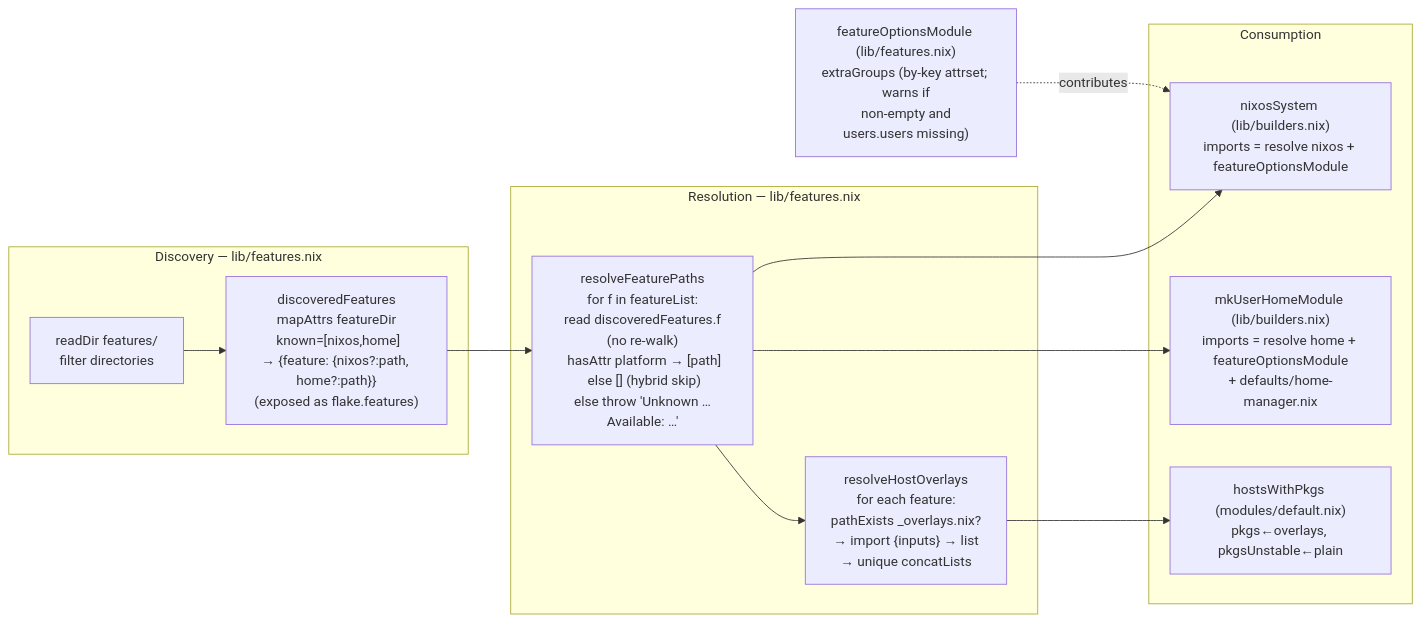
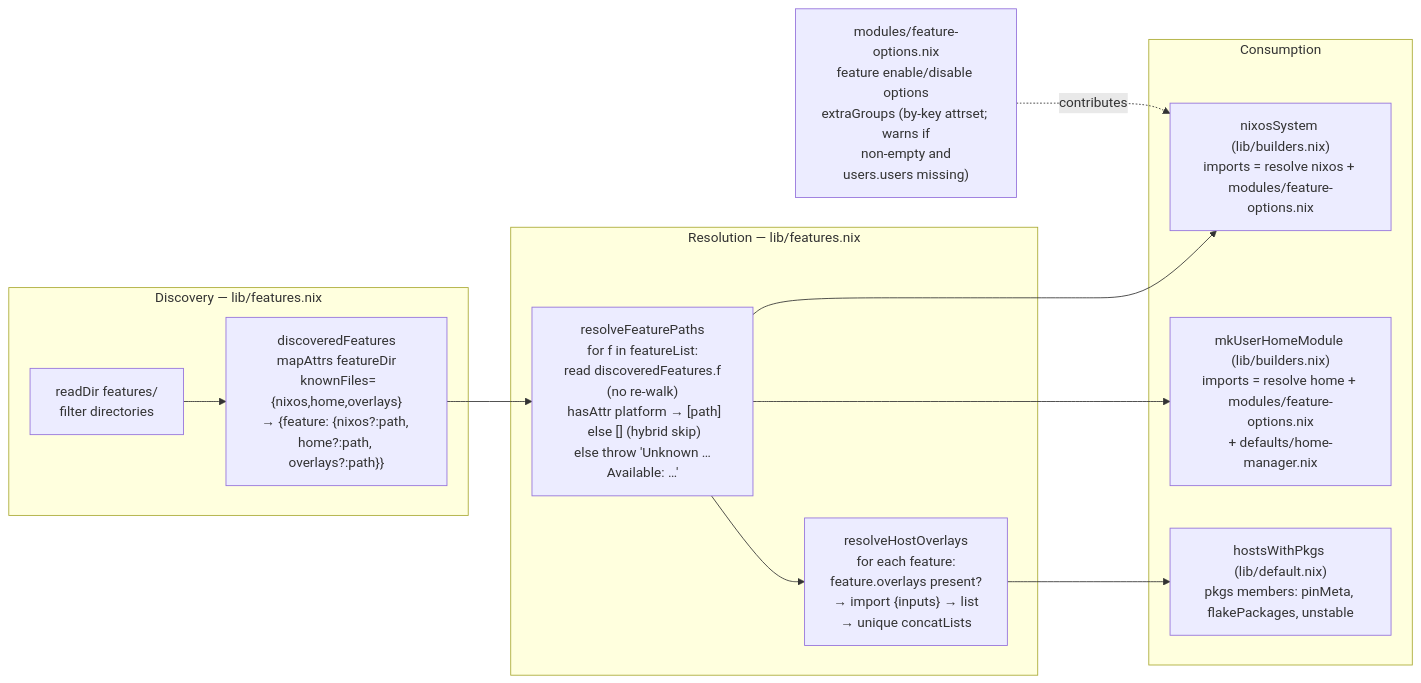
The fourth of 7 diagrams in DESIGN.md (WombatFromHell/automatic-palm-tree), drawn with Mermaid before and after one commit. The commit also changed other lines of this file and 49 other files, not shown here.

````diff
--- a/DESIGN.md
+++ b/DESIGN.md
@@ -144,21 +141,21 @@
 ```mermaid
 flowchart LR
     subgraph Discover ["Discovery — lib/features.nix"]
-        scan["readDir features/\nfilter directories"] --> map["discoveredFeatures\nmapAttrs featureDir\n known=[nixos,home]\n→ {feature: {nixos?:path, home?:path}}\n(exposed as flake.features)"]
+        scan["readDir features/\nfilter directories"] --> map["discoveredFeatures\nmapAttrs featureDir\n knownFiles={nixos,home,overlays}\n→ {feature: {nixos?:path, home?:path, overlays?:path}}"]
     end
     subgraph Resolve ["Resolution — lib/features.nix"]
         resolve["resolveFeaturePaths\nfor f in featureList:\n read discoveredFeatures.f (no re-walk)\n hasAttr platform → [path]\n else [] (hybrid skip)\n else throw 'Unknown … Available: …'"]
-        collect["resolveHostOverlays\n for each feature:\n pathExists _overlays.nix?\n → import {inputs} → list\n → unique concatLists"]
+        collect["resolveHostOverlays\n for each feature:\n feature.overlays present?\n → import {inputs} → list\n → unique concatLists"]
         resolve --> collect
     end
     subgraph Consume ["Consumption"]
-        nixosUse["nixosSystem (lib/builders.nix)\nimports = resolve nixos + featureOptionsModule"]
-        hmUse["mkUserHomeModule (lib/builders.nix)\nimports = resolve home + featureOptionsModule\n+ defaults/home-manager.nix"]
-        pkgsUse["hostsWithPkgs (modules/default.nix)\npkgs←overlays, pkgsUnstable←plain"]
+        nixosUse["nixosSystem (lib/builders.nix)\nimports = resolve nixos + modules/feature-options.nix"]
+        hmUse["mkUserHomeModule (lib/builders.nix)\nimports = resolve home + modules/feature-options.nix\n+ defaults/home-manager.nix"]
+        pkgsUse["hostsWithPkgs (lib/default.nix)\npkgs members: pinMeta, flakePackages, unstable"]
     end
     map --> resolve
     collect --> pkgsUse
     resolve --> nixosUse & hmUse
 
-    featOpt["featureOptionsModule (lib/features.nix)\nextraGroups (by-key attrset; warns if\n non-empty and users.users missing)"] -. contributes .-> nixosUse
+    featOpt["modules/feature-options.nix\nfeature enable/disable options\nextraGroups (by-key attrset; warns if\n non-empty and users.users missing)"] -. contributes .-> nixosUse
 ```
````
